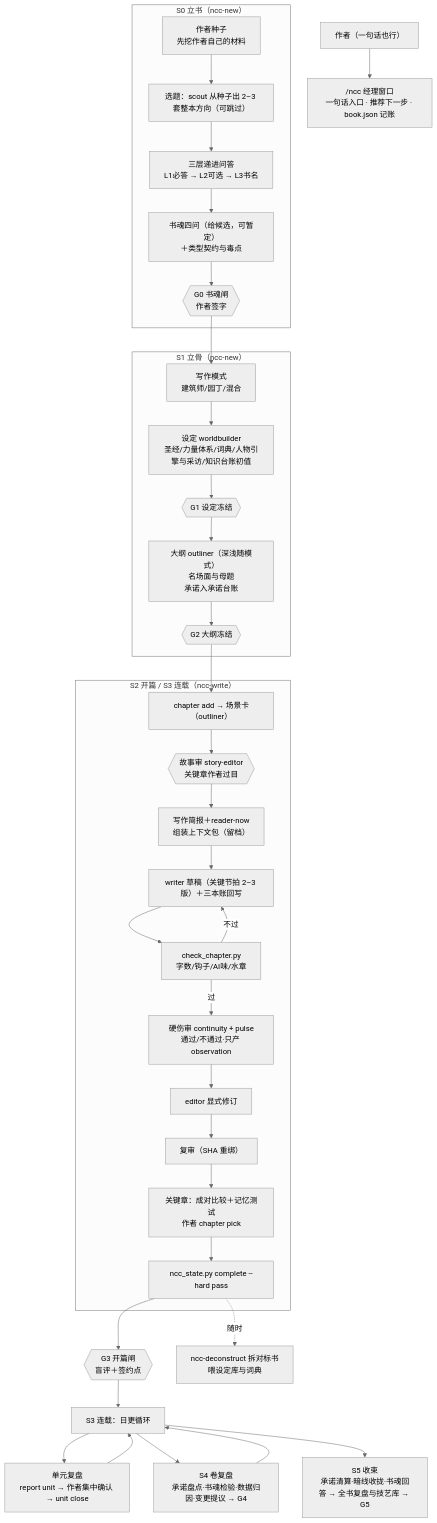
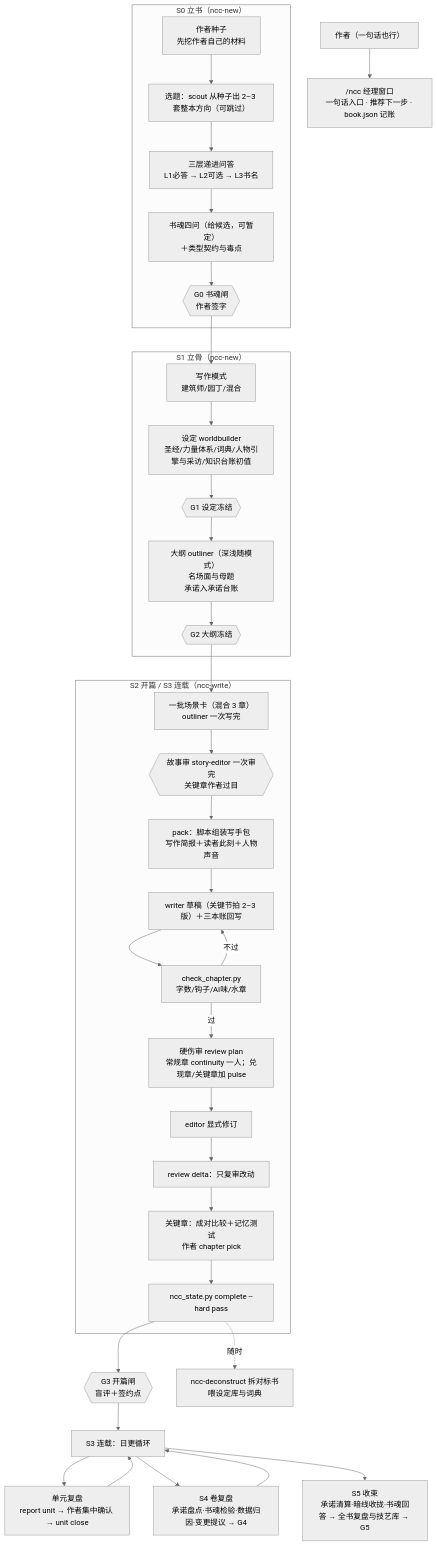
Before and after one commit to cloudxy/ncc-plugin: the diagram in README.md, drawn with Mermaid (neutral theme). The commit also changed other lines of this file and 19 other files, not shown here.

````diff
--- a/README.md
+++ b/README.md
@@ -16,42 +16,42 @@
 ```mermaid
 flowchart TD
   U["作者（一句话也行）"] --> M["/ncc 经理窗口<br/>一句话入口 · 推荐下一步 · book.json 记账"]
 
   subgraph FOUND["S0 立书（ncc-new）"]
     SEED["作者种子<br/>先挖作者自己的材料"] --> S0["选题：scout 从种子出 2–3 套整本方向（可跳过）"]
     S0 --> Q["三层递进问答<br/>L1必答 → L2可选 → L3书名"]
     Q --> SOUL["书魂四问（给候选，可暂定）<br/>＋类型契约与毒点"]
     SOUL --> G0{{"G0 书魂闸<br/>作者签字"}}
   end
 
   subgraph BONE["S1 立骨（ncc-new）"]
     G0 --> MODE["写作模式<br/>建筑师/园丁/混合"]
     MODE --> SET["设定 worldbuilder<br/>圣经/力量体系/词典/人物引擎与采访/知识台账初值"]
     SET --> G1{{"G1 设定冻结"}}
     G1 --> OUT["大纲 outliner（深浅随模式）<br/>名场面与母题<br/>承诺入承诺台账"]
     OUT --> G2{{"G2 大纲冻结"}}
   end
 
   subgraph WRITE["S2 开篇 / S3 连载（ncc-write）"]
-    G2 --> SC["chapter add → 场景卡（outliner）"]
-    SC --> SR{{"故事审 story-editor<br/>关键章作者过目"}}
-    SR --> P["写作简报＋reader-now<br/>组装上下文包（留档）"]
+    G2 --> SC["一批场景卡（混合 3 章）<br/>outliner 一次写完"]
+    SC --> SR{{"故事审 story-editor 一次审完<br/>关键章作者过目"}}
+    SR --> P["pack：脚本组装写手包<br/>写作简报＋读者此刻＋人物声音"]
     P --> W["writer 草稿（关键节拍 2–3 版）＋三本账回写"]
     W --> C["check_chapter.py<br/>字数/钩子/AI味/水章"]
     C -->|不过| W
-    C -->|过| R["硬伤审 continuity + pulse<br/>通过/不通过·只产 observation"]
+    C -->|过| R["硬伤审 review plan<br/>常规章 continuity 一人；兑现章/关键章加 pulse"]
     R --> E["editor 显式修订"]
-    E --> RR["复审（SHA 重绑）"]
+    E --> RR["review delta：只复审改动"]
     RR --> PK["关键章：成对比较＋记忆测试<br/>作者 chapter pick"]
     PK --> D["ncc_state.py complete --hard pass"]
   end
 
   D --> G3{{"G3 开篇闸<br/>盲评＋签约点"}}
   G3 --> SER["S3 连载：日更循环"]
   SER --> UNIT["单元复盘<br/>report unit → 作者集中确认 → unit close"]
   UNIT --> SER
   SER --> VOL["S4 卷复盘<br/>承诺盘点·书魂检验·数据归因·变更提议 → G4"]
   VOL --> SER
   SER --> FIN["S5 收束<br/>承诺清算·暗线收拢·书魂回答 → 全书复盘与技艺库 → G5"]
   D -.->|"随时"| DC["ncc-deconstruct 拆对标书<br/>喂设定库与词典"]
 ```
````
